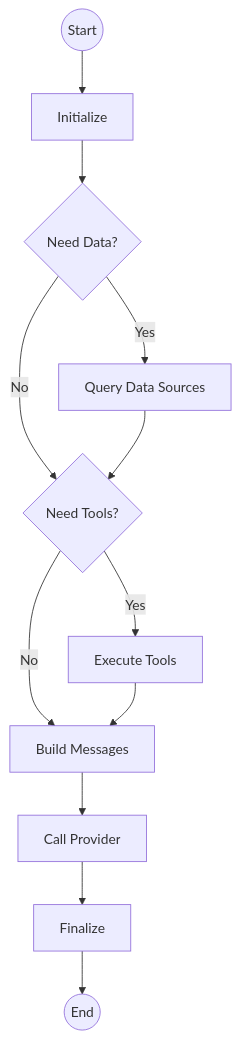
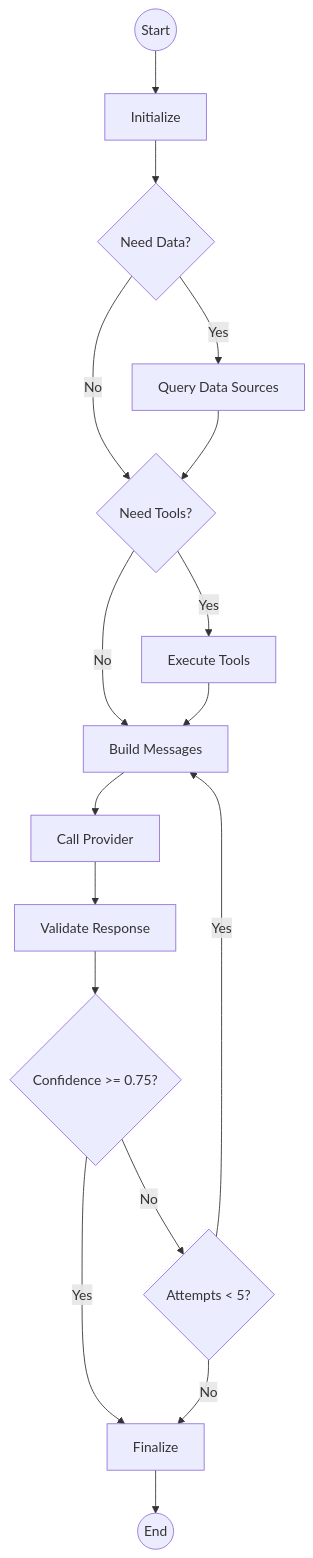
One commit to Think-Round-Inc/ThinkLife changed the diagram in backend/docs/WORKFLOW_ENGINE.md. Above: the diagram before and after it, drawn with Mermaid. The commit also changed other lines of this file and 9 other files, not shown here.

````diff
--- a/backend/docs/WORKFLOW_ENGINE.md
+++ b/backend/docs/WORKFLOW_ENGINE.md
@@ -14,18 +16,26 @@
 ```mermaid
 graph TD
     Start((Start)) --> Initialize
     Initialize --> Check{Need Data?}
     
     Check -->|Yes| QueryData[Query Data Sources]
     Check -->|No| CheckTools{Need Tools?}
     
     QueryData --> CheckTools
     
     CheckTools -->|Yes| ExecTools[Execute Tools]
     CheckTools -->|No| BuildMsg[Build Messages]
     
     ExecTools --> BuildMsg
     BuildMsg --> CallLLM[Call Provider]
-    CallLLM --> Finalize
+    CallLLM --> Validate[Validate Response]
+    
+    Validate --> Decision{Confidence >= 0.75?}
+    Decision -->|Yes| Finalize
+    Decision -->|No| CheckAttempts{Attempts < 5?}
+    
+    CheckAttempts -->|Yes| BuildMsg
+    CheckAttempts -->|No| Finalize
+    
     Finalize --> End((End))
 ```
````
